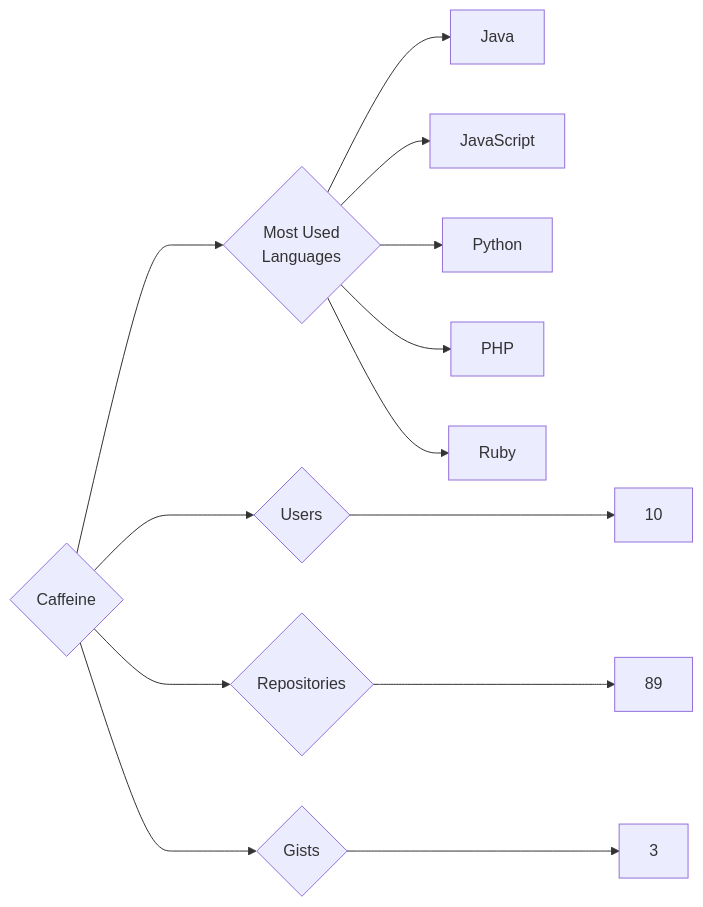
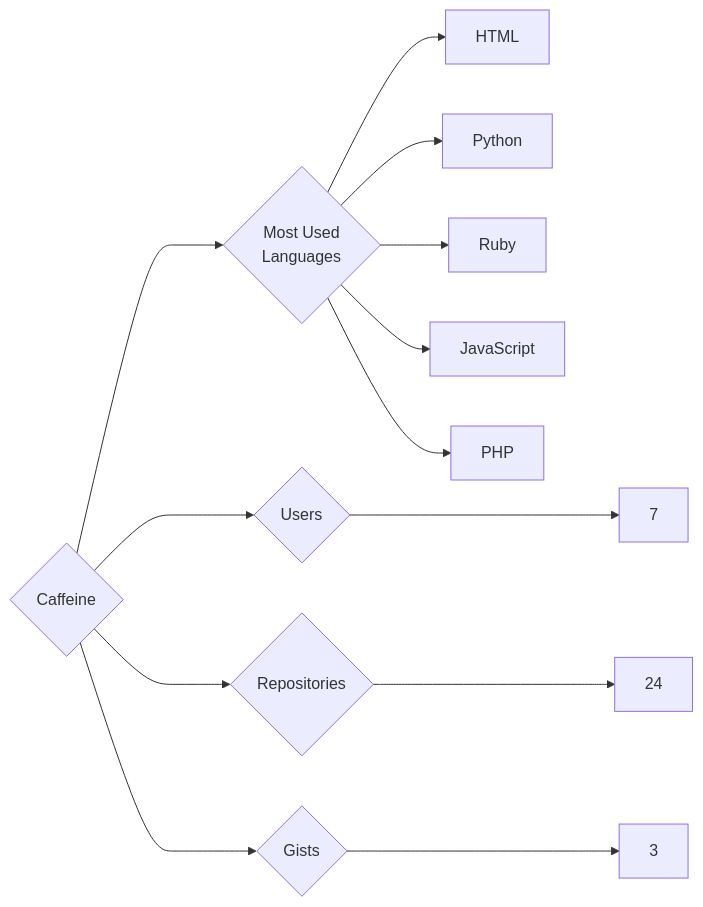
The diagram in targets/Caffeine/README.md (trickest/insiders), drawn with Mermaid before and after one commit. The commit also changed 1123 other files, not shown here.

````diff
--- a/targets/Caffeine/README.md
+++ b/targets/Caffeine/README.md
@@ -3,13 +3,13 @@
 ```mermaid
 graph LR
 COMPANY_NAME{Caffeine}
-COMPANY_NAME ---> U{Users} ---> UN[10]
-COMPANY_NAME ---> R{Repositories} ---> RN[89]
+COMPANY_NAME ---> U{Users} ---> UN[7]
+COMPANY_NAME ---> R{Repositories} ---> RN[24]
 COMPANY_NAME ---> G{Gists} ---> GN[3]
 COMPANY_NAME ---> ML{Most Used<br>Languages}
-ML --> Java[Java]
+ML --> HTML[HTML]
+ML --> Python[Python]
+ML --> Ruby[Ruby]
 ML --> JavaScript[JavaScript]
-ML --> Python[Python]
 ML --> PHP[PHP]
-ML --> Ruby[Ruby]
 ```
````
